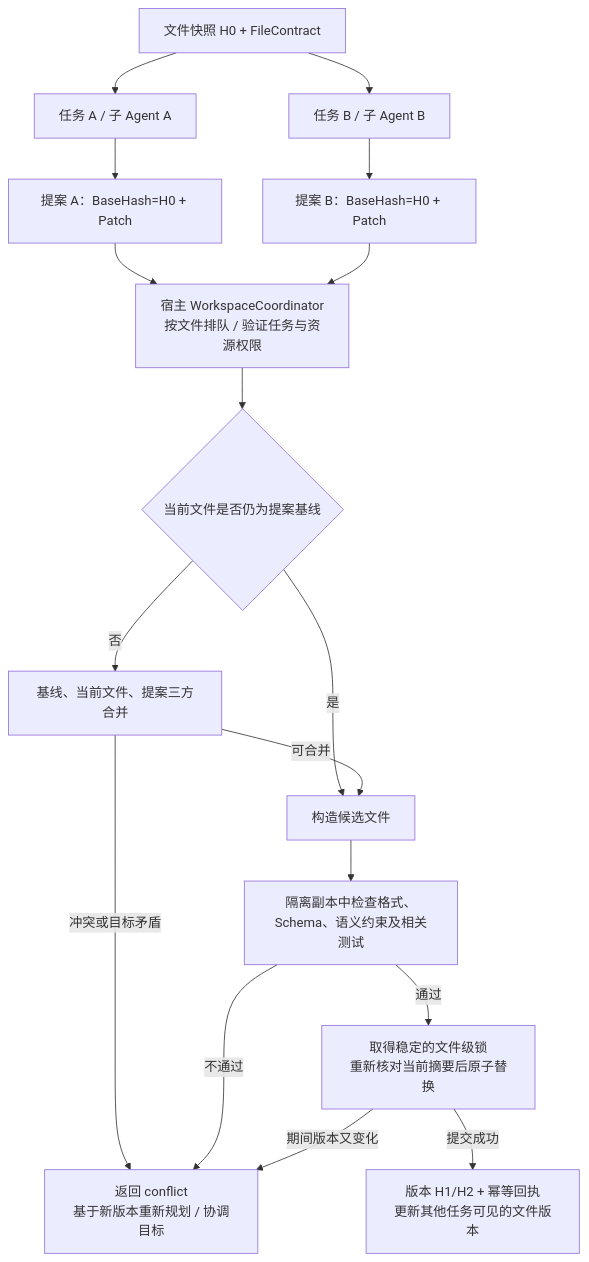
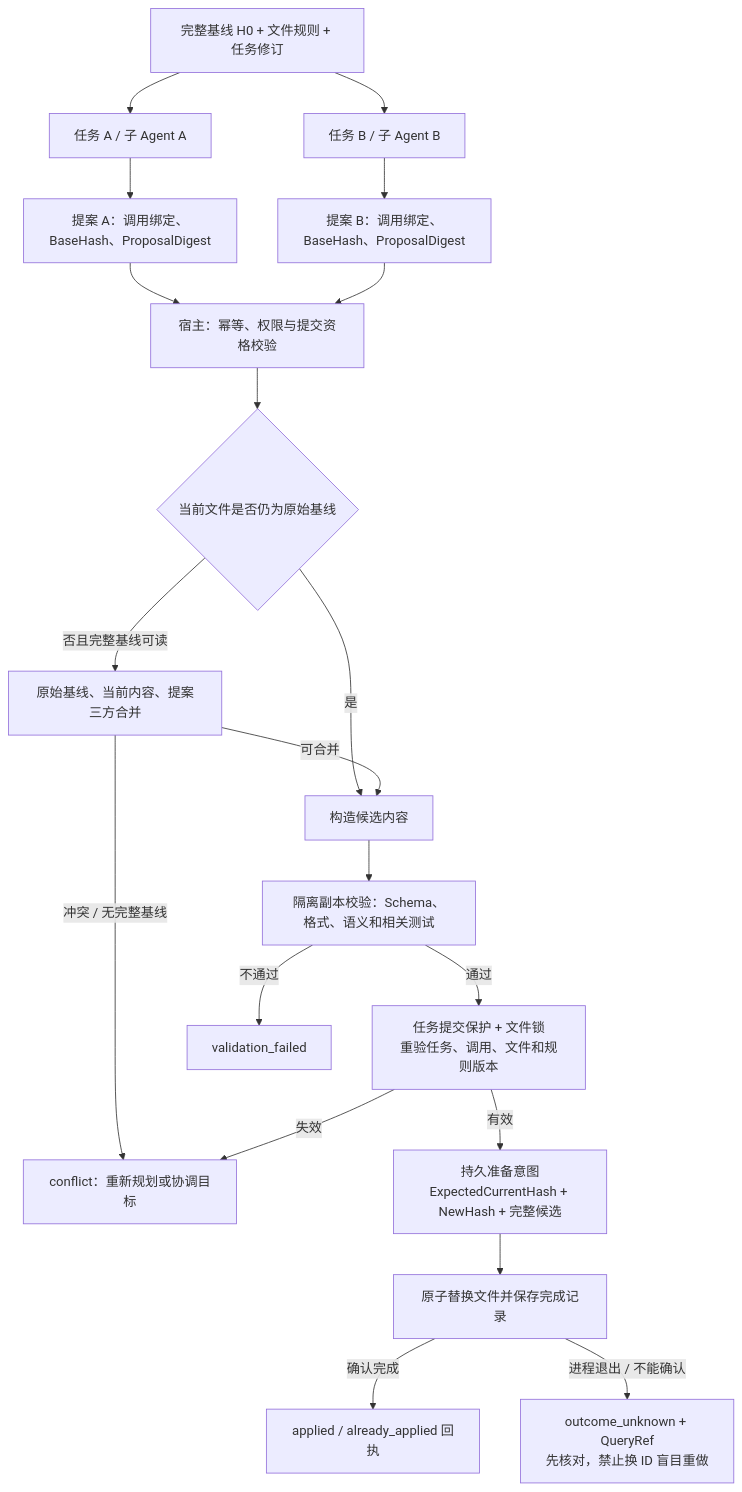
One commit to kart-io/goagent-examples changed the second of 2 diagrams in docs/research/2026-11-01-multi-agent-context.md. Above: the diagram before and after it, drawn with Mermaid. The commit also changed other lines of this file, not shown here.

````diff
--- a/docs/research/2026-11-01-multi-agent-context.md
+++ b/docs/research/2026-11-01-multi-agent-context.md
@@ -159,19 +390,22 @@
 ```mermaid
 flowchart TD
-  FILE["文件快照 H0 + FileContract"] --> A["任务 A / 子 Agent A"]
+  FILE["完整基线 H0 + 文件规则 + 任务修订"] --> A["任务 A / 子 Agent A"]
   FILE --> B["任务 B / 子 Agent B"]
-  A --> PA["提案 A：BaseHash=H0 + Patch"]
-  B --> PB["提案 B：BaseHash=H0 + Patch"]
-  PA --> HOST["宿主 WorkspaceCoordinator<br/>按文件排队 / 验证任务与资源权限"]
+  A --> PA["提案 A：调用绑定、BaseHash、ProposalDigest"]
+  B --> PB["提案 B：调用绑定、BaseHash、ProposalDigest"]
+  PA --> HOST["宿主：幂等、权限与提交资格校验"]
   PB --> HOST
-  HOST --> VERSION{"当前文件是否仍为提案基线"}
-  VERSION -->|"是"| CANDIDATE["构造候选文件"]
-  VERSION -->|"否"| MERGE["基线、当前文件、提案三方合并"]
+  HOST --> VERSION{"当前文件是否仍为原始基线"}
+  VERSION -->|"是"| CANDIDATE["构造候选内容"]
+  VERSION -->|"否且完整基线可读"| MERGE["原始基线、当前内容、提案三方合并"]
   MERGE -->|"可合并"| CANDIDATE
-  MERGE -->|"冲突或目标矛盾"| CONFLICT["返回 conflict<br/>基于新版本重新规划 / 协调目标"]
-  CANDIDATE --> VALIDATE["隔离副本中检查格式、Schema、语义约束及相关测试"]
-  VALIDATE -->|"通过"| COMMIT["取得稳定的文件级锁<br/>重新核对当前摘要后原子替换"]
-  VALIDATE -->|"不通过"| CONFLICT
-  COMMIT -->|"期间版本又变化"| CONFLICT
-  COMMIT -->|"提交成功"| RECEIPT["版本 H1/H2 + 幂等回执<br/>更新其他任务可见的文件版本"]
+  MERGE -->|"冲突 / 无完整基线"| CONFLICT["conflict：重新规划或协调目标"]
+  CANDIDATE --> VALIDATE["隔离副本校验：Schema、格式、语义和相关测试"]
+  VALIDATE -->|"通过"| GUARD["任务提交保护 + 文件锁<br/>重验任务、调用、文件和规则版本"]
+  VALIDATE -->|"不通过"| INVALID["validation_failed"]
+  GUARD -->|"失效"| CONFLICT
+  GUARD -->|"有效"| PREPARE["持久准备意图<br/>ExpectedCurrentHash + NewHash + 完整候选"]
+  PREPARE --> WRITE["原子替换文件并保存完成记录"]
+  WRITE -->|"确认完成"| RECEIPT["applied / already_applied 回执"]
+  WRITE -->|"进程退出 / 不能确认"| UNKNOWN["outcome_unknown + QueryRef<br/>先核对，禁止换 ID 盲目重做"]
 ```
````
